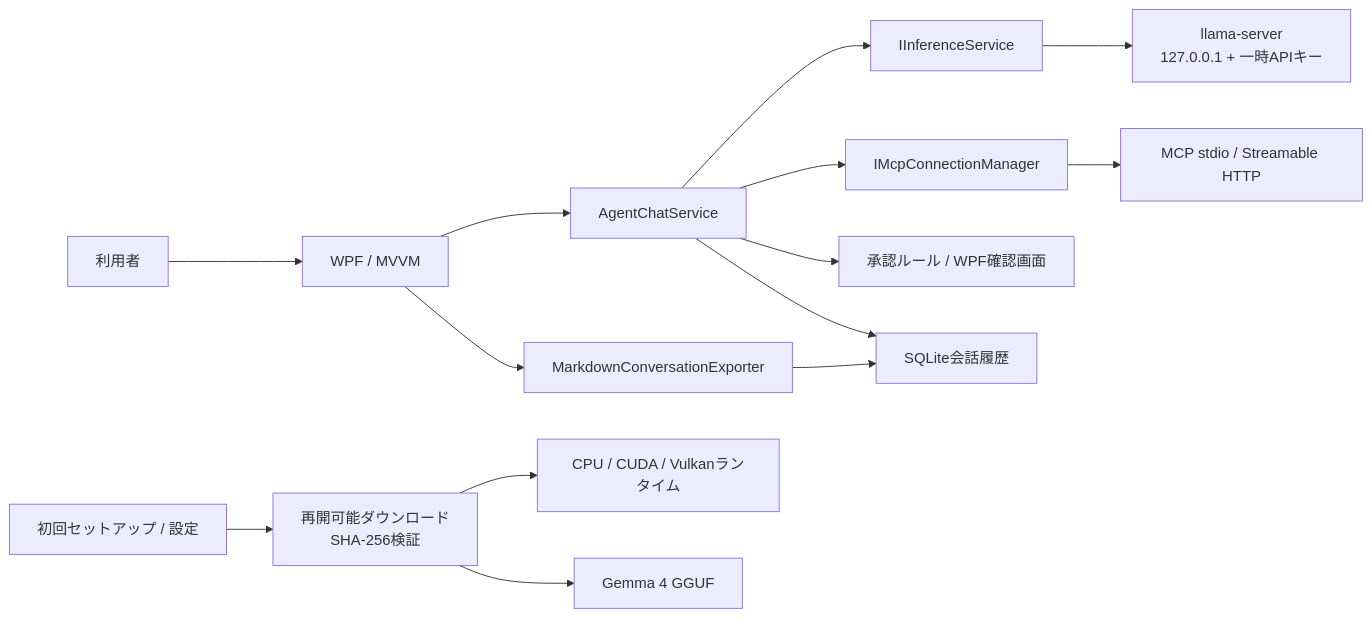
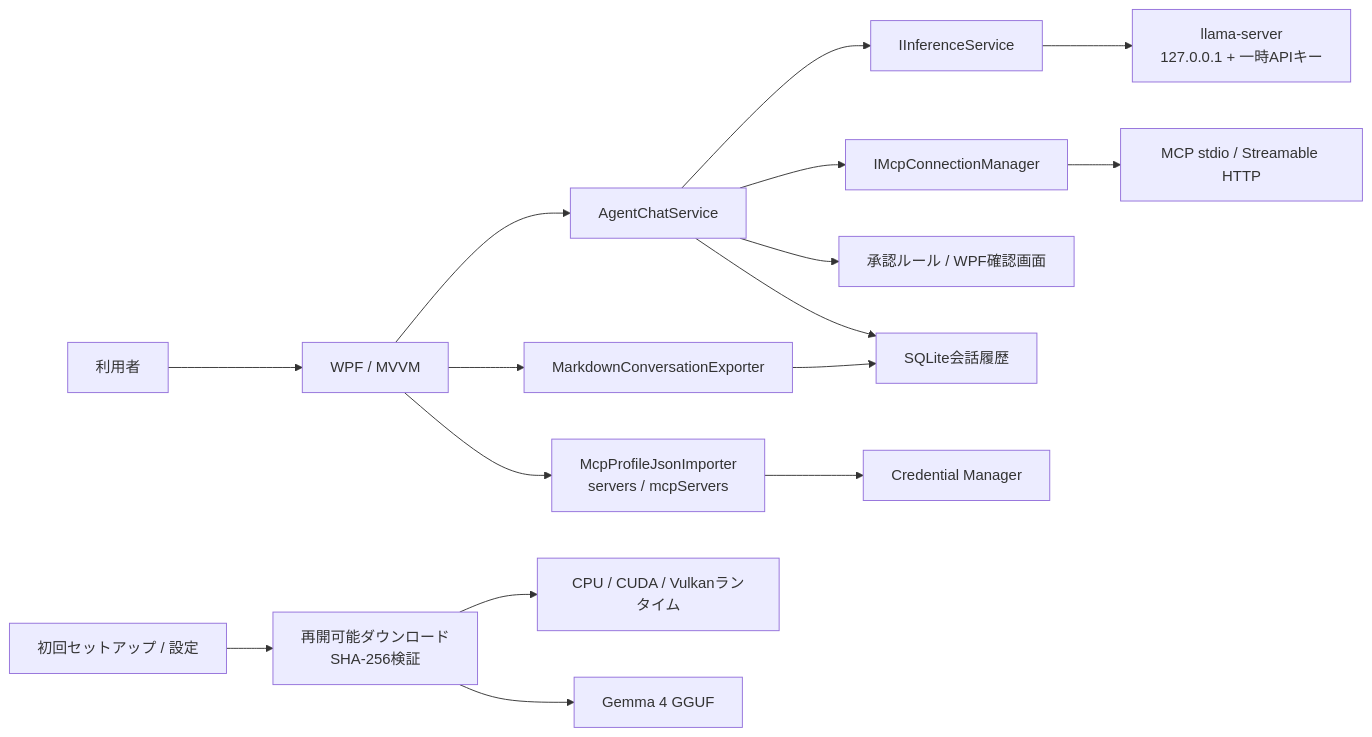
The first of 4 diagrams in docs/architecture.md (shaderjp/LocalMCPChatClient), drawn with Mermaid before and after one commit. The commit also changed other lines of this file and 22 other files, not shown here.

Commit message:
Add MCP profile import and D3D12LookDevPT integration

````diff
--- a/docs/architecture.md
+++ b/docs/architecture.md
@@ -7,16 +7,18 @@
 ```mermaid
 flowchart LR
     User["利用者"] --> UI["WPF / MVVM"]
     UI --> Agent["AgentChatService"]
     Agent --> Inference["IInferenceService"]
     Inference --> Runtime["llama-server\n127.0.0.1 + 一時APIキー"]
     Agent --> MCP["IMcpConnectionManager"]
     MCP --> Servers["MCP stdio / Streamable HTTP"]
     Agent --> Approval["承認ルール / WPF確認画面"]
     Agent --> Store["SQLite会話履歴"]
     UI --> Export["MarkdownConversationExporter"]
     Export --> Store
+    UI --> McpImport["McpProfileJsonImporter\nservers / mcpServers"]
+    McpImport --> Cred["Credential Manager"]
     Setup["初回セットアップ / 設定"] --> Installer["再開可能ダウンロード\nSHA-256検証"]
     Installer --> RuntimeFiles["CPU / CUDA / Vulkanランタイム"]
     Installer --> Models["Gemma 4 GGUF"]
 ```
````
